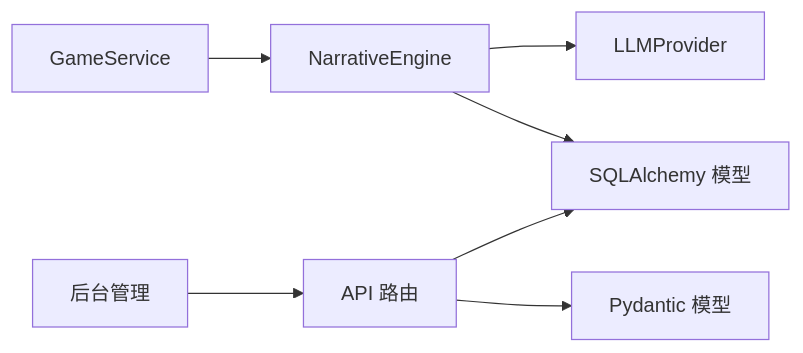
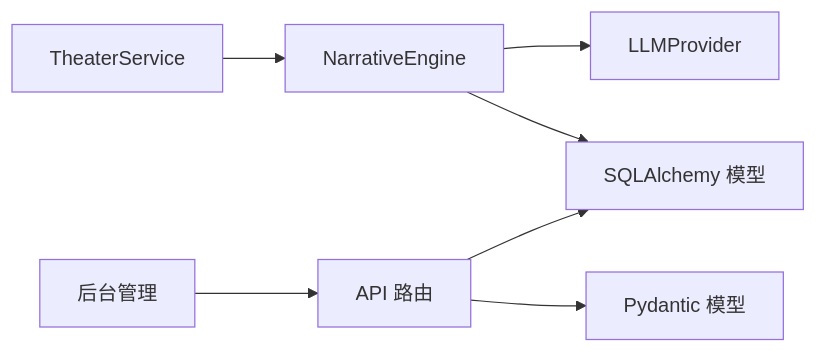
One commit to KunLabAI/KunFlix changed the sixth of 6 diagrams in .qoder/repowiki/zh/content/多智能体叙事引擎/多智能体叙事引擎.md. Above: the diagram before and after it, drawn with Mermaid. The commit also changed other lines of this file and 112 other files, not shown here.

````diff
--- a/.qoder/repowiki/zh/content/多智能体叙事引擎/多智能体叙事引擎.md
+++ b/.qoder/repowiki/zh/content/多智能体叙事引擎/多智能体叙事引擎.md
@@ -343,9 +343,9 @@
 ```mermaid
 graph LR
-Service["GameService"] --> Engine["NarrativeEngine"]
+Service["TheaterService"] --> Engine["NarrativeEngine"]
 Engine --> Providers["LLMProvider"]
 Engine --> Models["SQLAlchemy 模型"]
 Routers["API 路由"] --> Models
 Routers --> Schemas["Pydantic 模型"]
 AdminUI["后台管理"] --> Routers
 ```
````
